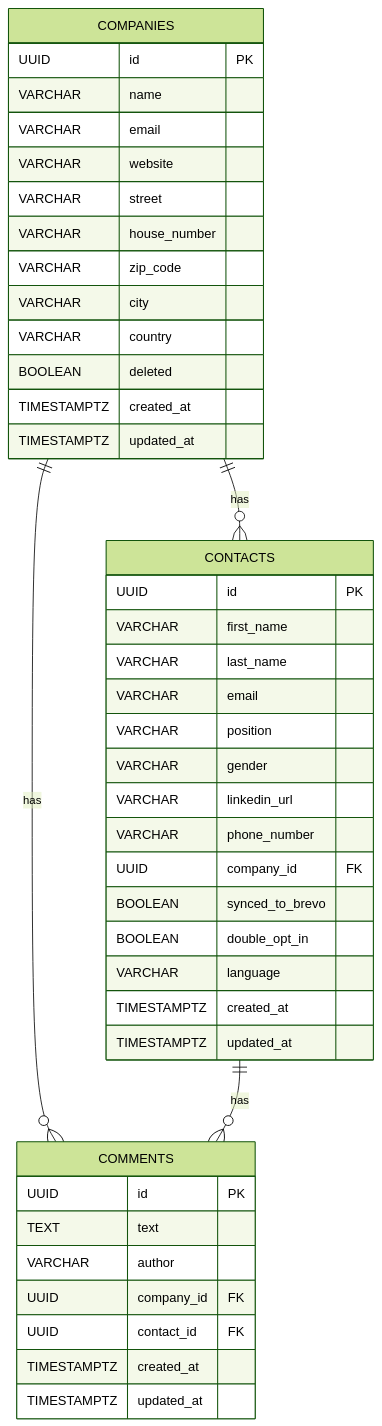
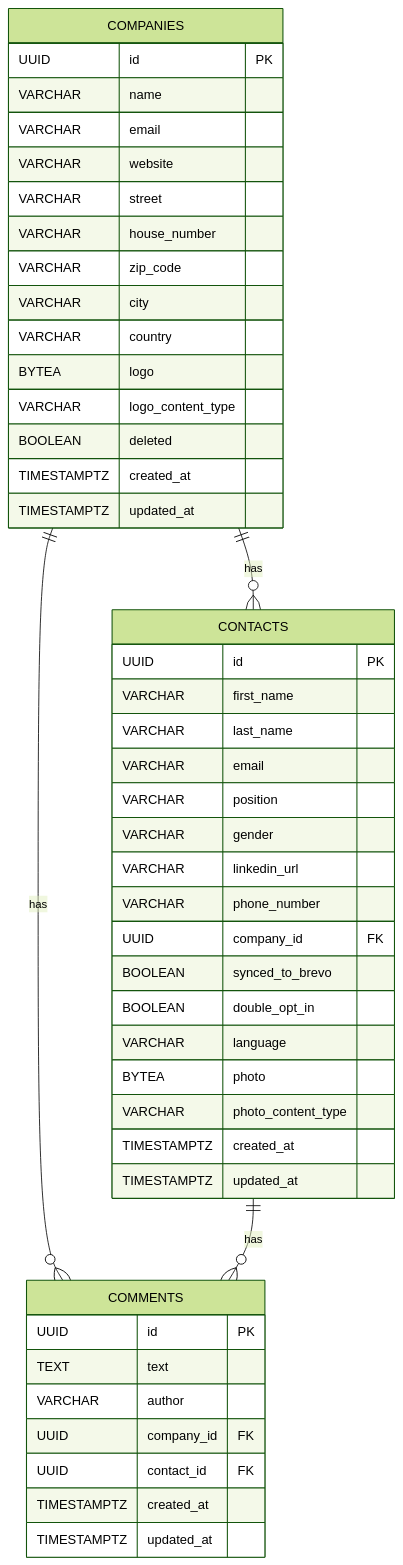
One commit to OpenElementsLabs/open-crm changed the second of 2 diagrams in .claude/conventions/project-specific/project-architecture.md. Above: the diagram before and after it, drawn with Mermaid (forest theme). The commit also changed other lines of this file and 36 other files, not shown here.

````diff
--- a/.claude/conventions/project-specific/project-architecture.md
+++ b/.claude/conventions/project-specific/project-architecture.md
@@ -28,45 +28,49 @@
 ```mermaid
 erDiagram
     COMPANIES {
         UUID id PK
         VARCHAR name
         VARCHAR email
         VARCHAR website
         VARCHAR street
         VARCHAR house_number
         VARCHAR zip_code
         VARCHAR city
         VARCHAR country
+        BYTEA logo
+        VARCHAR logo_content_type
         BOOLEAN deleted
         TIMESTAMPTZ created_at
         TIMESTAMPTZ updated_at
     }
     CONTACTS {
         UUID id PK
         VARCHAR first_name
         VARCHAR last_name
         VARCHAR email
         VARCHAR position
         VARCHAR gender
         VARCHAR linkedin_url
         VARCHAR phone_number
         UUID company_id FK
         BOOLEAN synced_to_brevo
         BOOLEAN double_opt_in
         VARCHAR language
+        BYTEA photo
+        VARCHAR photo_content_type
         TIMESTAMPTZ created_at
         TIMESTAMPTZ updated_at
     }
     COMMENTS {
         UUID id PK
         TEXT text
         VARCHAR author
         UUID company_id FK
         UUID contact_id FK
         TIMESTAMPTZ created_at
         TIMESTAMPTZ updated_at
     }
     COMPANIES ||--o{ CONTACTS : "has"
     COMPANIES ||--o{ COMMENTS : "has"
     CONTACTS ||--o{ COMMENTS : "has"
 ```
````
